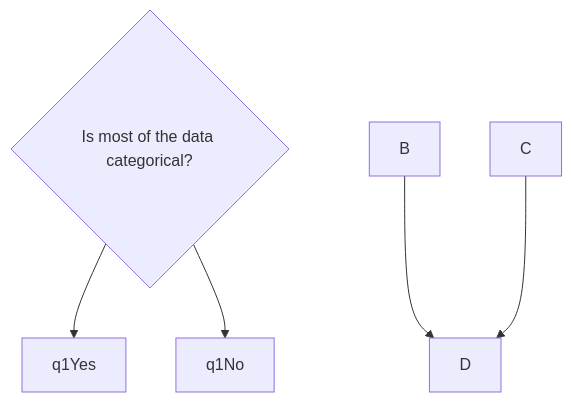
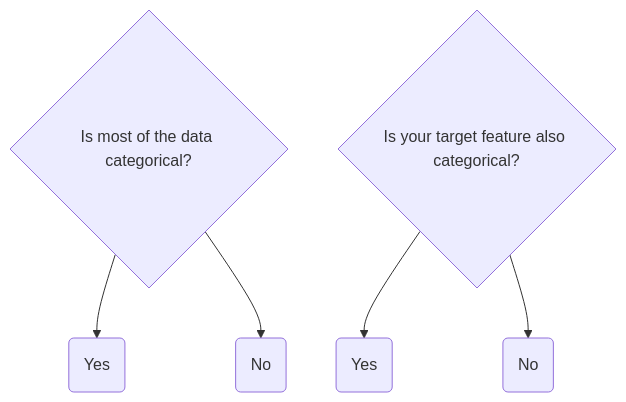
The diagram in AI + ML + Predictive Analytics/Decision making in Data Science.md (bigtoga/Examples), drawn with Mermaid before and after one commit.

Commit message:
Update Decision making in Data Science.md

````diff
--- a/AI + ML + Predictive Analytics/Decision making in Data Science.md
+++ b/AI + ML + Predictive Analytics/Decision making in Data Science.md
@@ -17,8 +17,9 @@
 ``` mermaid
 graph TD;
   q1{Is most of the data categorical?}
-  q1-->q1Yes;
-  q1-->q1No;
-  B-->D;
-  C-->D;
+  q1-->q1Yes(Yes);
+  q1-->q1No(No);
+  q2{Is your target feature also categorical?}
+  q2-->q2Yes(Yes)
+  q2-->q2No(No)
 ```
````
